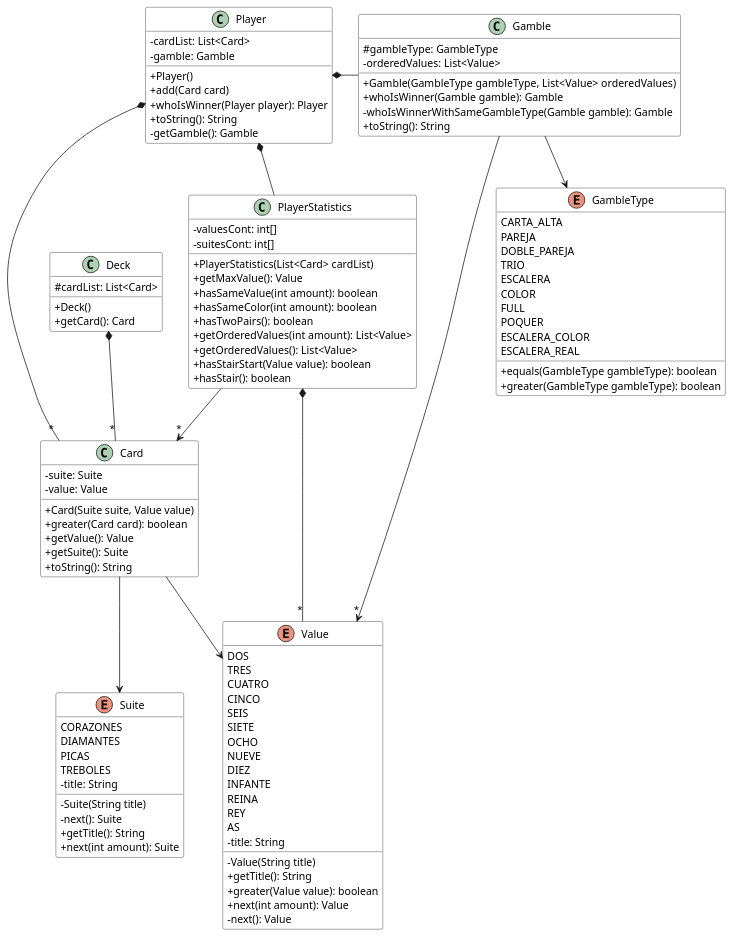
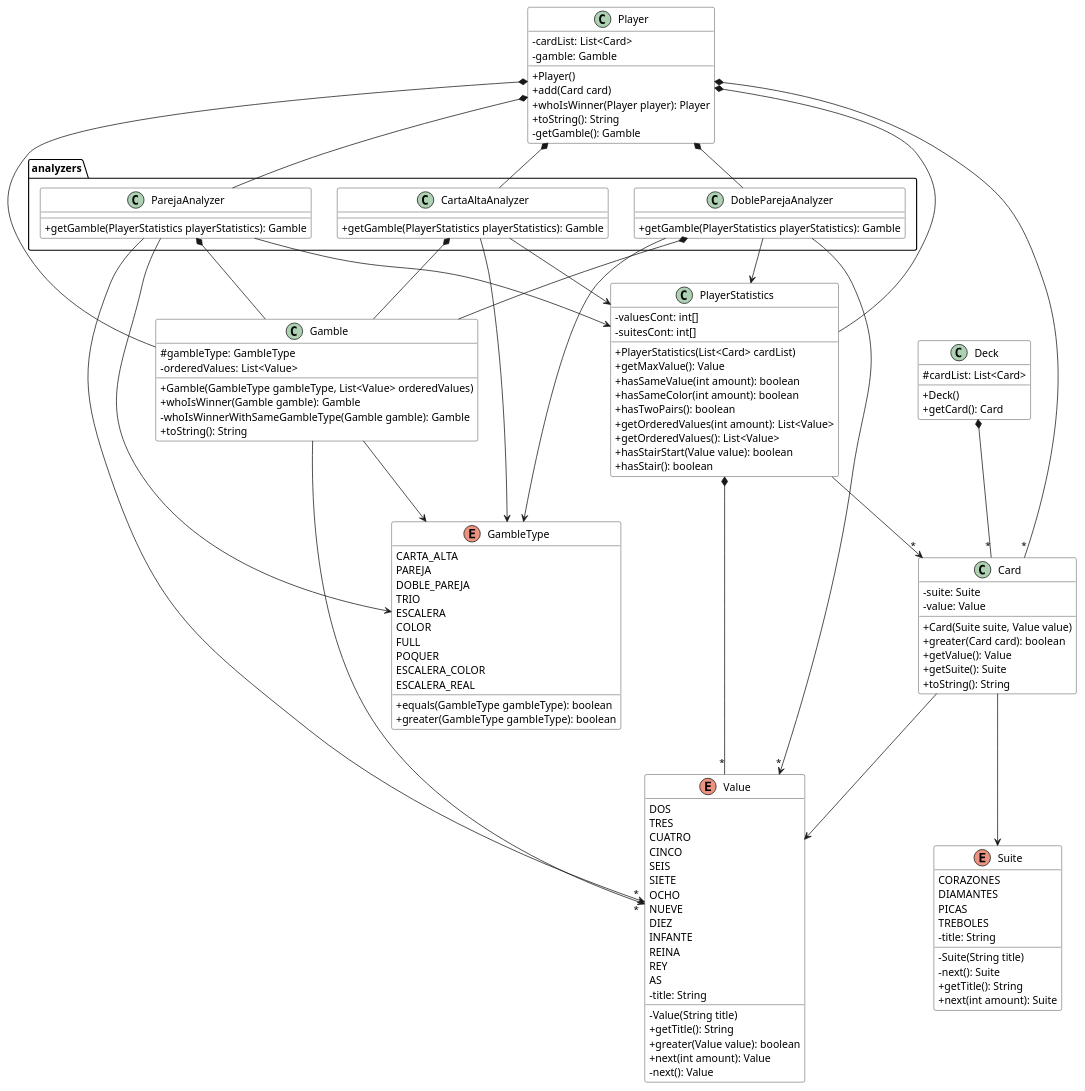
The diagram in docs/pokerClassDiagram.plantuml (mpaulaherrero/refactoring), drawn with PlantUML before and after one commit. The commit also changed 4 other files, not shown here.

Commit message:
Poker - version 04: sentencias alternativas, extraer Clases CartaAltaAnalyzer, DobleParejaAnalyzer y ParejaAnalyzer

```diff
--- a/docs/pokerClassDiagram.plantuml
+++ b/docs/pokerClassDiagram.plantuml
@@ -1,114 +1,149 @@
 @startuml poker
 skinparam ClassBackgroundColor white
 skinparam classAttributeIconSize 0
 show circle
 
 class Deck {
 # cardList: List<Card>
 + Deck()
 + getCard(): Card
 }
 
 class Card {
 - suite: Suite
 - value: Value
 + Card(Suite suite, Value value)
 + greater(Card card): boolean
 + getValue(): Value
 + getSuite(): Suite
 + toString(): String
 }
 
 enum GambleType {
 CARTA_ALTA
 PAREJA
 DOBLE_PAREJA
 TRIO
 ESCALERA
 COLOR
 FULL
 POQUER
 ESCALERA_COLOR
 ESCALERA_REAL
 + equals(GambleType gambleType): boolean
 + greater(GambleType gambleType): boolean
 }
 
 class Player {
 - cardList: List<Card>
 - gamble: Gamble
 + Player()
 + add(Card card)
 + whoIsWinner(Player player): Player
 + toString(): String
 - getGamble(): Gamble
 }
 
 enum Suite {
 CORAZONES
 DIAMANTES
 PICAS
 TREBOLES
 - title: String
 - Suite(String title)
 - next(): Suite
 + getTitle(): String
 + next(int amount): Suite
 }
 
 enum Value{
 DOS
 TRES
 CUATRO
 CINCO
 SEIS
 SIETE
 OCHO
 NUEVE
 DIEZ
 INFANTE
 REINA
 REY
 AS
 - title: String
 - Value(String title)
 + getTitle(): String
 + greater(Value value): boolean
 + next(int amount): Value
 - next(): Value
 }
 
 class Gamble {
 # gambleType: GambleType
 - orderedValues: List<Value>
 + Gamble(GambleType gambleType, List<Value> orderedValues)
 + whoIsWinner(Gamble gamble): Gamble
 - whoIsWinnerWithSameGambleType(Gamble gamble): Gamble
 + toString(): String
 }
 
 class PlayerStatistics {
 - valuesCont: int[]
 - suitesCont: int[]
 + PlayerStatistics(List<Card> cardList)
 + getMaxValue(): Value
 + hasSameValue(int amount): boolean
 + hasSameColor(int amount): boolean
 + hasTwoPairs(): boolean
 + getOrderedValues(int amount): List<Value>
 + getOrderedValues(): List<Value>
 + hasStairStart(Value value): boolean
 + hasStair(): boolean
 }
 
+package analyzers {
+    class CartaAltaAnalyzer {
+    + getGamble(PlayerStatistics playerStatistics): Gamble
+    }
+    class ParejaAnalyzer {
+    + getGamble(PlayerStatistics playerStatistics): Gamble
+    }
+    class DobleParejaAnalyzer {
+    + getGamble(PlayerStatistics playerStatistics): Gamble
+    }
+}
+
 Deck *-d- "*" Card
+
 Player *-d- "*" Card
 Player *-r- Gamble
 Player *-d- PlayerStatistics
+Player *-d- CartaAltaAnalyzer
+Player *-d- DobleParejaAnalyzer
+Player *-d- ParejaAnalyzer
+
 PlayerStatistics -d-> "*" Card
 PlayerStatistics *-d- "*" Value
+
 Gamble -d-> GambleType
 Gamble -d-> "*" Value
+
 Card -d-> Value
 Card -d-> Suite
+
+
+CartaAltaAnalyzer -d-> PlayerStatistics
+CartaAltaAnalyzer *-d- Gamble
+CartaAltaAnalyzer -d-> GambleType
+
+DobleParejaAnalyzer -d-> PlayerStatistics
+DobleParejaAnalyzer *-d- Gamble
+DobleParejaAnalyzer -d-> GambleType
+DobleParejaAnalyzer -d-> "*" Value
+
+ParejaAnalyzer -d-> PlayerStatistics
+ParejaAnalyzer *-d- Gamble
+ParejaAnalyzer -d-> GambleType
+ParejaAnalyzer -d-> "*" Value
+
 @enduml
```
